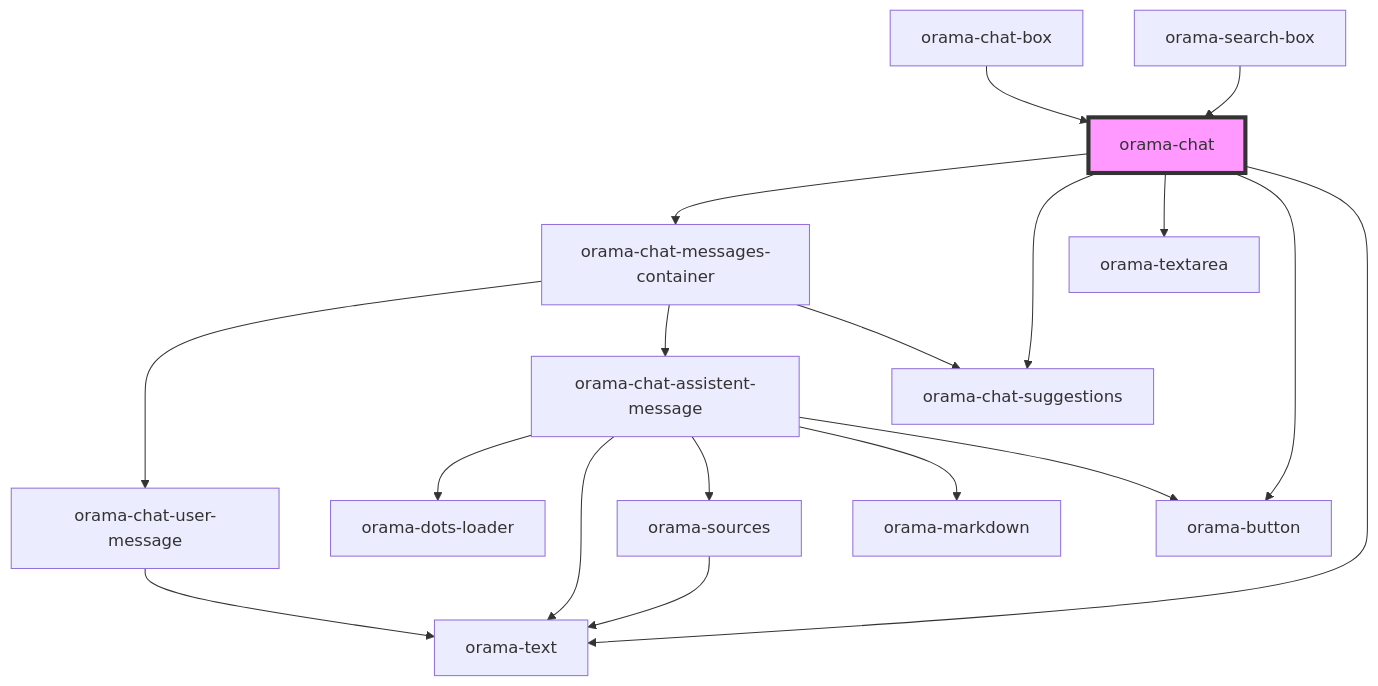
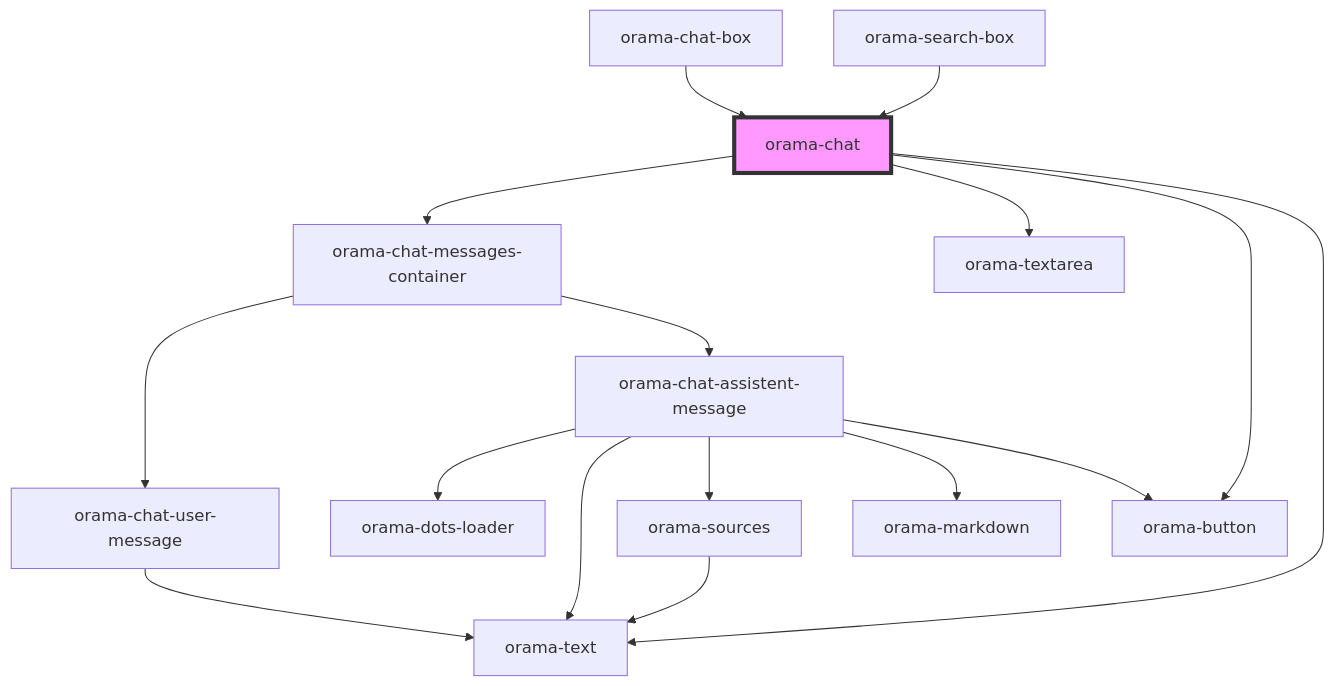
Before and after one commit to oramasearch/orama-ui-components: the diagram in packages/ui-stencil/src/components/internal/orama-chat/readme.md, drawn with Mermaid. The commit also changed other lines of this file and 14 other files, not shown here.

````diff
--- a/packages/ui-stencil/src/components/internal/orama-chat/readme.md
+++ b/packages/ui-stencil/src/components/internal/orama-chat/readme.md
@@ -40,21 +39,19 @@
 ```mermaid
 graph TD;
   orama-chat --> orama-chat-messages-container
-  orama-chat --> orama-chat-suggestions
   orama-chat --> orama-textarea
   orama-chat --> orama-button
   orama-chat --> orama-text
   orama-chat-messages-container --> orama-chat-user-message
   orama-chat-messages-container --> orama-chat-assistent-message
-  orama-chat-messages-container --> orama-chat-suggestions
   orama-chat-user-message --> orama-text
   orama-chat-assistent-message --> orama-dots-loader
   orama-chat-assistent-message --> orama-text
   orama-chat-assistent-message --> orama-sources
   orama-chat-assistent-message --> orama-markdown
   orama-chat-assistent-message --> orama-button
   orama-sources --> orama-text
   orama-chat-box --> orama-chat
   orama-search-box --> orama-chat
   style orama-chat fill:#f9f,stroke:#333,stroke-width:4px
 ```
````
